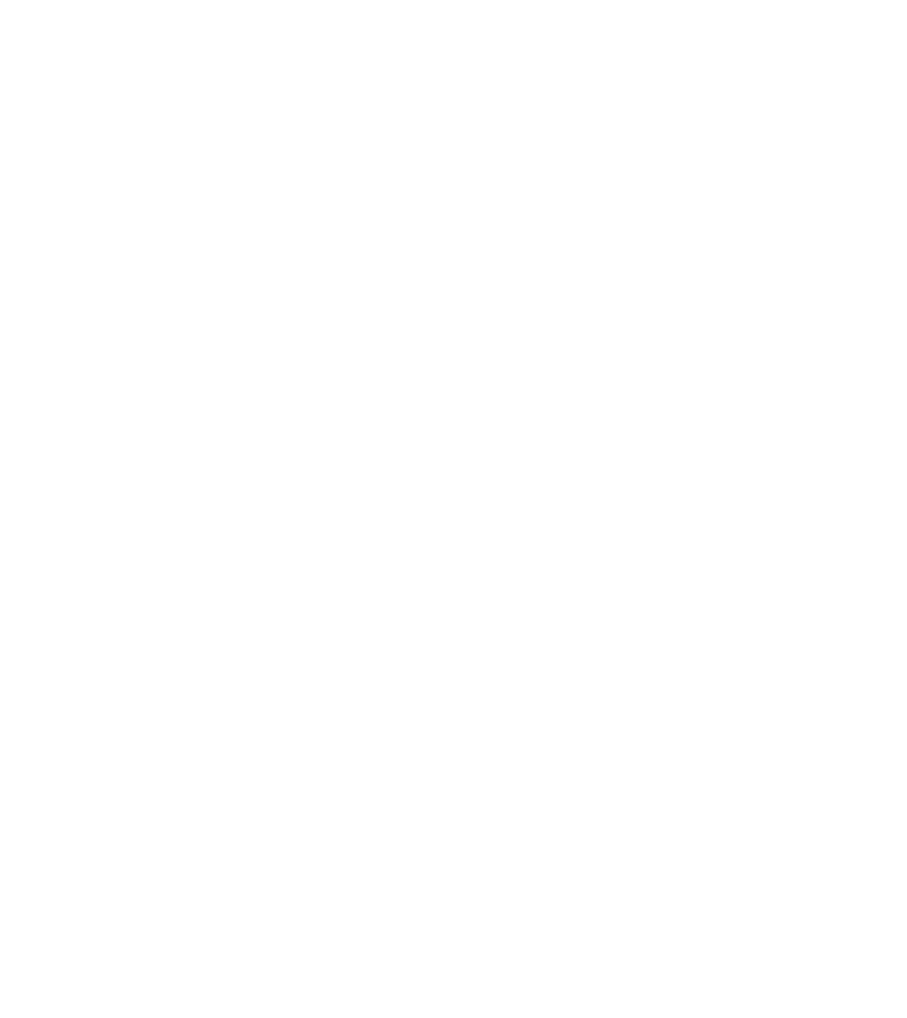
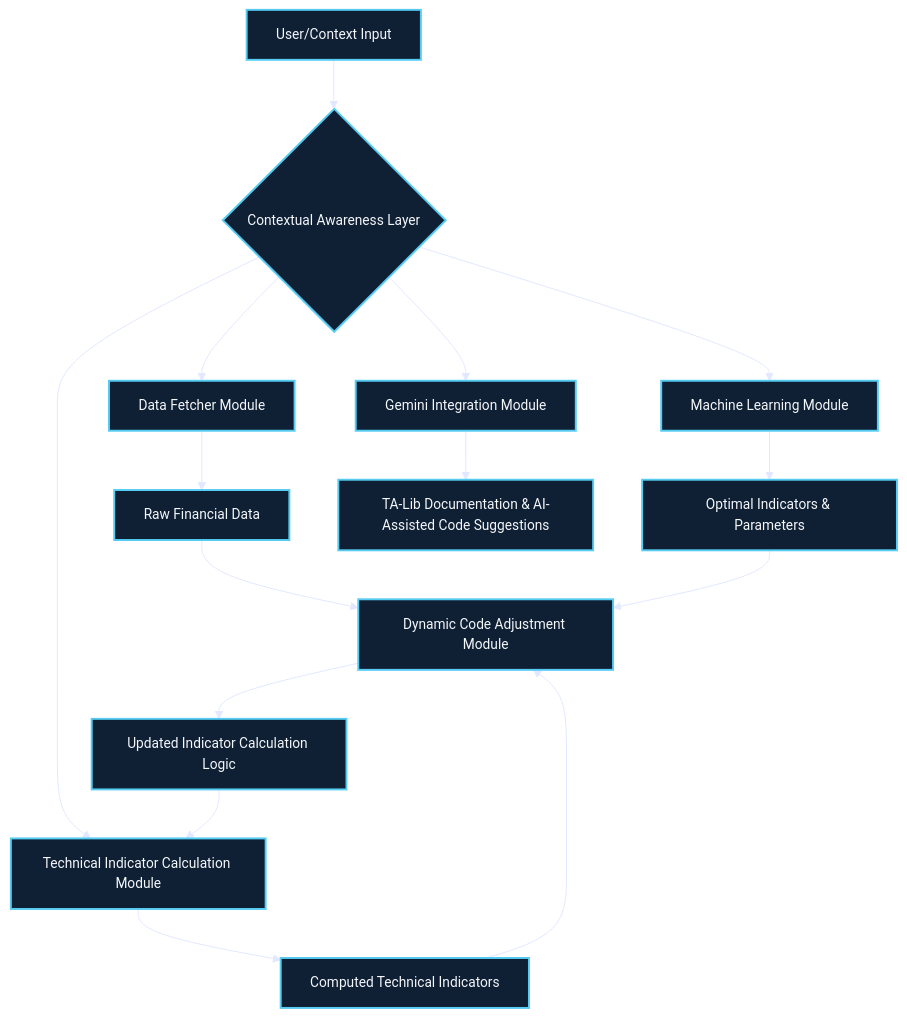
One commit to Chiqo-ke/AlgoAgent changed the diagram in monolithic_agent/Data/README.md. Above: the diagram before and after it, drawn with Mermaid. The commit also changed 48 other files, not shown here.

````diff
--- a/monolithic_agent/Data/README.md
+++ b/monolithic_agent/Data/README.md
@@ -11,41 +11,43 @@
 ```mermaid
 %%{init: {'theme': 'base', 'themeVariables': {
-  'background': 'transparent',
-  'primaryColor': 'transparent',
-  'primaryBorderColor': '#ffffff',
-  'primaryTextColor': '#ffffff',
-  'lineColor': '#ffffff',
-  'fontSize': '14px',
-  'tertiaryColor': 'transparent'
+    'background': '#0c1528',
+    'primaryColor': '#1f77f0',
+    'primaryBorderColor': '#56ccf2',
+    'primaryTextColor': '#f4f7fb',
+    'secondaryBorderColor': '#73d2ff',
+    'lineColor': '#e2e8ff',
+    'tertiaryColor': '#0c1528',
+    'edgeLabelBackground': '#0c1528',
+    'fontSize': '14px'
 }}}%%
 
 graph TD
     A[User/Context Input] --> B{Contextual Awareness Layer}
     B --> C[Data Fetcher Module]
     B --> D[Technical Indicator Calculation Module]
     B --> E[Machine Learning Module]
     B --> F[Gemini Integration Module]
 
     C --> G[Raw Financial Data]
     D --> H[Computed Technical Indicators]
     E --> I[Optimal Indicators & Parameters]
     F --> J[TA-Lib Documentation & AI-Assisted Code Suggestions]
 
     G & H & I --> K[Dynamic Code Adjustment Module]
     K --> L[Updated Indicator Calculation Logic]
     L --> D
 
-    style A fill:transparent,stroke:#ffffff,stroke-width:2px,color:#ffffff
-    style B fill:transparent,stroke:#ffffff,stroke-width:2px,color:#ffffff
-    style C fill:transparent,stroke:#ffffff,stroke-width:2px,color:#ffffff
-    style D fill:transparent,stroke:#ffffff,stroke-width:2px,color:#ffffff
-    style E fill:transparent,stroke:#ffffff,stroke-width:2px,color:#ffffff
-    style F fill:transparent,stroke:#ffffff,stroke-width:2px,color:#ffffff
-    style G fill:transparent,stroke:#ffffff,stroke-width:2px,color:#ffffff
-    style H fill:transparent,stroke:#ffffff,stroke-width:2px,color:#ffffff
-    style I fill:transparent,stroke:#ffffff,stroke-width:2px,color:#ffffff
-    style J fill:transparent,stroke:#ffffff,stroke-width:2px,color:#ffffff
-    style K fill:transparent,stroke:#ffffff,stroke-width:2px,color:#ffffff
-    style L fill:transparent,stroke:#ffffff,stroke-width:2px,color:#ffffff
+    style A fill:#0f1f34,stroke:#56ccf2,stroke-width:2px,color:#f4f7fb
+    style B fill:#0f1f34,stroke:#56ccf2,stroke-width:2px,color:#f4f7fb
+    style C fill:#0f1f34,stroke:#56ccf2,stroke-width:2px,color:#f4f7fb
+    style D fill:#0f1f34,stroke:#56ccf2,stroke-width:2px,color:#f4f7fb
+    style E fill:#0f1f34,stroke:#56ccf2,stroke-width:2px,color:#f4f7fb
+    style F fill:#0f1f34,stroke:#56ccf2,stroke-width:2px,color:#f4f7fb
+    style G fill:#0f1f34,stroke:#56ccf2,stroke-width:2px,color:#f4f7fb
+    style H fill:#0f1f34,stroke:#56ccf2,stroke-width:2px,color:#f4f7fb
+    style I fill:#0f1f34,stroke:#56ccf2,stroke-width:2px,color:#f4f7fb
+    style J fill:#0f1f34,stroke:#56ccf2,stroke-width:2px,color:#f4f7fb
+    style K fill:#0f1f34,stroke:#56ccf2,stroke-width:2px,color:#f4f7fb
+    style L fill:#0f1f34,stroke:#56ccf2,stroke-width:2px,color:#f4f7fb
 
 ```
````
